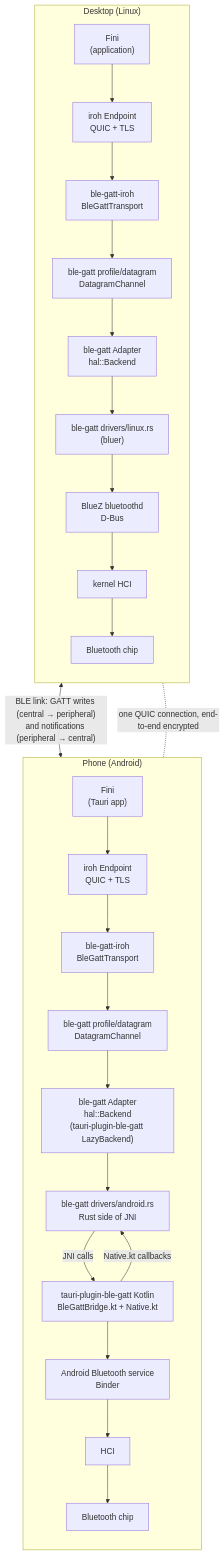
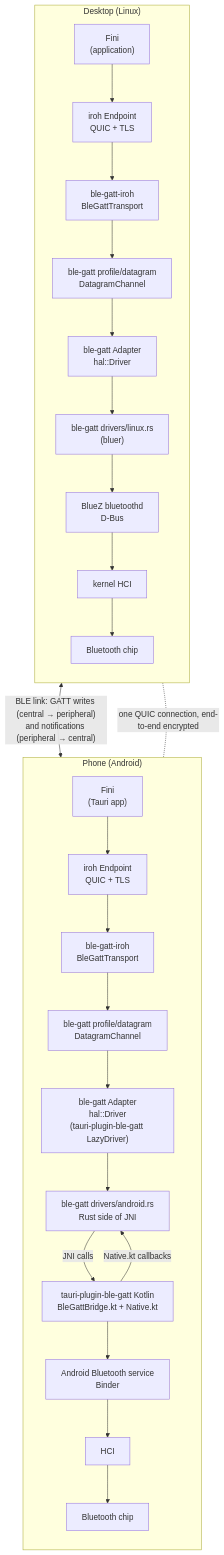
The diagram in docs/architecture.md (VRuzhentsov/ble-gatt), drawn with Mermaid before and after one commit. The commit also changed other lines of this file and 41 other files, not shown here.

First line of the commit message:
Rename Backend to Driver, the glossary's word

````diff
--- a/docs/architecture.md
+++ b/docs/architecture.md
@@ -150,37 +150,37 @@
 ```mermaid
 flowchart TB
     subgraph desktop["Desktop (Linux)"]
         direction TB
         dApp["Fini<br/>(application)"]
         dIroh["iroh Endpoint<br/>QUIC + TLS"]
         dTransport["ble-gatt-iroh<br/>BleGattTransport"]
         dDatagram["ble-gatt profile/datagram<br/>DatagramChannel"]
-        dAdapter["ble-gatt Adapter<br/>hal::Backend"]
+        dAdapter["ble-gatt Adapter<br/>hal::Driver"]
         dDriver["ble-gatt drivers/linux.rs<br/>(bluer)"]
         dBluez["BlueZ bluetoothd<br/>D-Bus"]
         dHci["kernel HCI"]
         dChip["Bluetooth chip"]
         dApp --> dIroh --> dTransport --> dDatagram --> dAdapter --> dDriver --> dBluez --> dHci --> dChip
     end
 
     subgraph phone["Phone (Android)"]
         direction TB
         pApp["Fini<br/>(Tauri app)"]
         pIroh["iroh Endpoint<br/>QUIC + TLS"]
         pTransport["ble-gatt-iroh<br/>BleGattTransport"]
         pDatagram["ble-gatt profile/datagram<br/>DatagramChannel"]
-        pAdapter["ble-gatt Adapter<br/>hal::Backend<br/>(tauri-plugin-ble-gatt LazyBackend)"]
+        pAdapter["ble-gatt Adapter<br/>hal::Driver<br/>(tauri-plugin-ble-gatt LazyDriver)"]
         pDriver["ble-gatt drivers/android.rs<br/>Rust side of JNI"]
         pKotlin["tauri-plugin-ble-gatt Kotlin<br/>BleGattBridge.kt + Native.kt"]
         pStack["Android Bluetooth service<br/>Binder"]
         pHci["HCI"]
         pChip["Bluetooth chip"]
         pApp --> pIroh --> pTransport --> pDatagram --> pAdapter --> pDriver
         pDriver -- "JNI calls" --> pKotlin
         pKotlin -- "Native.kt callbacks" --> pDriver
         pKotlin --> pStack --> pHci --> pChip
     end
 
     dChip <-->|"BLE link: GATT writes (central → peripheral)<br/>and notifications (peripheral → central)"| pChip
     dIroh -.-|"one QUIC connection, end-to-end encrypted"| pIroh
 ```
````
